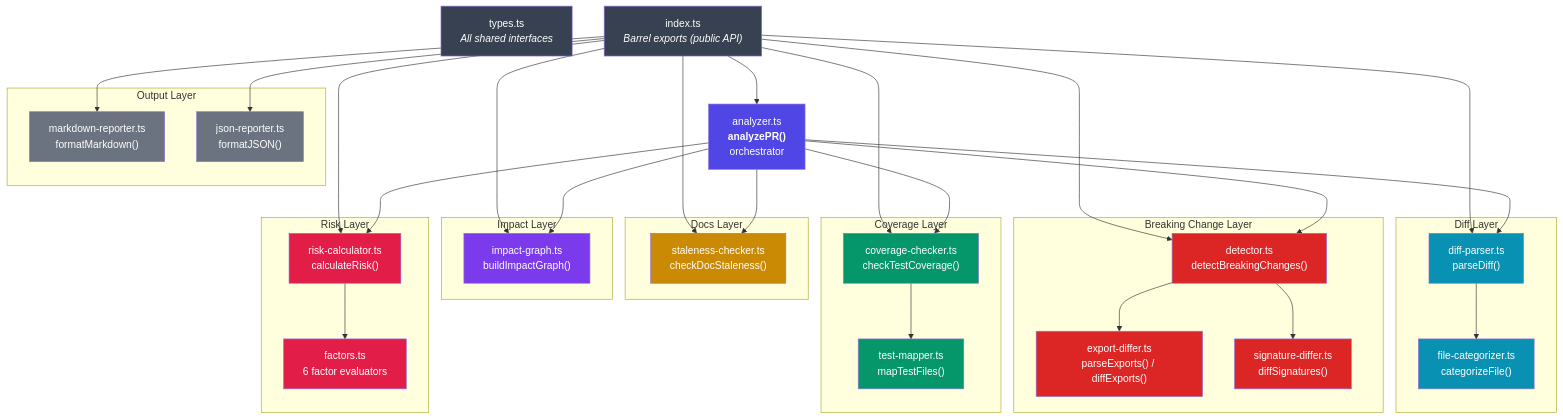
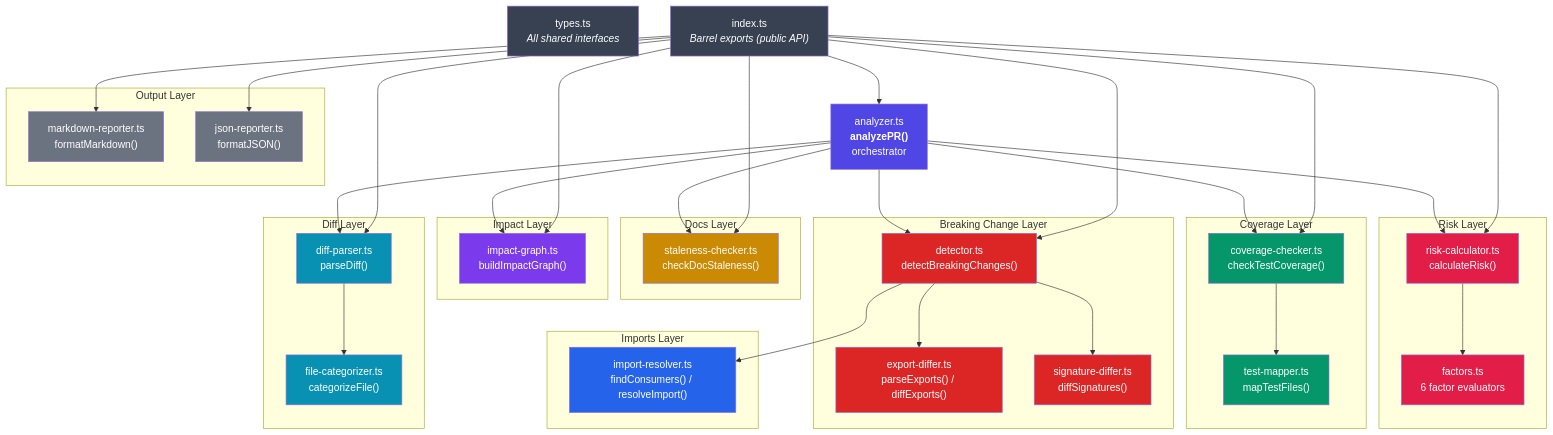
The third of 3 diagrams in docs/architecture.md (ducdmdev/pr-impact), drawn with Mermaid before and after one commit. The commit also changed other lines of this file and 42 other files, not shown here.

First line of the commit message:
feat: implement full roadmap — linting, coverage, distribution, and features

```diff
--- a/docs/architecture.md
+++ b/docs/architecture.md
@@ -88,6 +89,10 @@
 
     subgraph "Docs Layer"
         SC["staleness-checker.ts<br/>checkDocStaleness()"]
+    end
+
+    subgraph "Imports Layer"
+        IR["import-resolver.ts<br/>findConsumers() / resolveImport()"]
     end
 
     subgraph "Impact Layer"
@@ -120,6 +125,7 @@
     DET --> SD
     ANALYZER --> CC
     CC --> TM
+    DET --> IR
     ANALYZER --> SC
     ANALYZER --> IG
     ANALYZER --> RC
@@ -136,6 +142,7 @@
     style CC fill:#059669,color:#fff
     style TM fill:#059669,color:#fff
     style SC fill:#ca8a04,color:#fff
+    style IR fill:#2563eb,color:#fff
     style IG fill:#7c3aed,color:#fff
     style RC fill:#e11d48,color:#fff
     style RF fill:#e11d48,color:#fff
```
